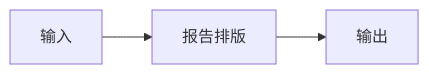
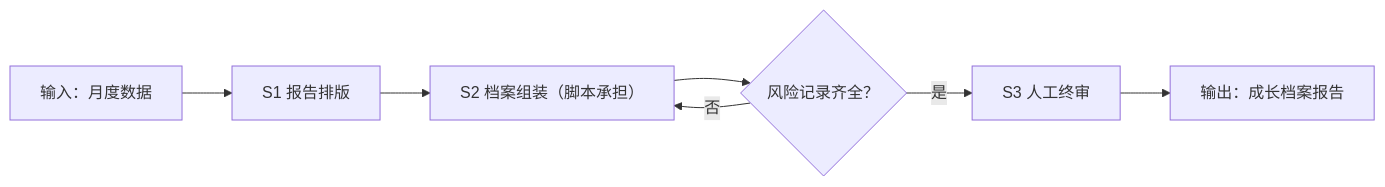
Before and after one commit to bangwozuo/data-recap-zh: the diagram in workflows/monthly-growth-report-flow/SKILL.md, drawn with Mermaid. The commit also changed other lines of this file and 57 other files, not shown here.

````diff
--- a/workflows/monthly-growth-report-flow/SKILL.md
+++ b/workflows/monthly-growth-report-flow/SKILL.md
@@ -26,8 +30,9 @@
 ```mermaid
 flowchart LR
-    IN["输入"]
-    S1["报告排版"]
-    OUT["输出"]
-    IN --> S1
-    S1 --> OUT
+    IN["输入：月度数据"] --> S1["S1 报告排版"]
+    S1 --> S2["S2 档案组装（脚本承担）"]
+    S2 --> Q{"风险记录齐全？"}
+    Q -- 否 --> S2
+    Q -- 是 --> S3["S3 人工终审"]
+    S3 --> OUT["输出：成长档案报告"]
 ```
````
